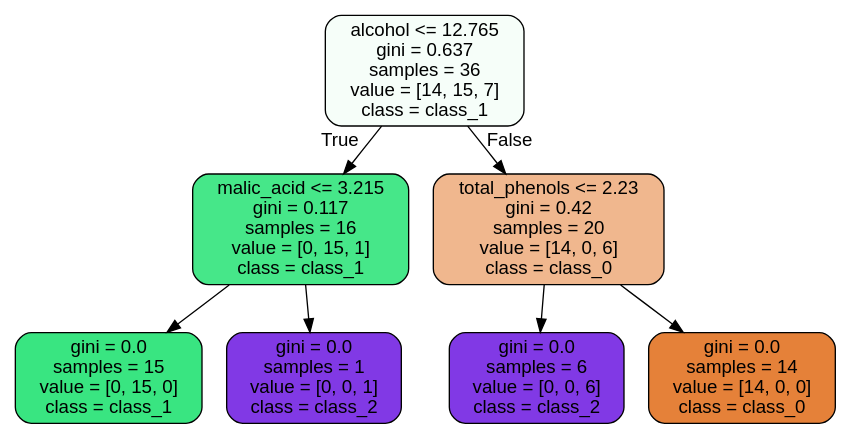
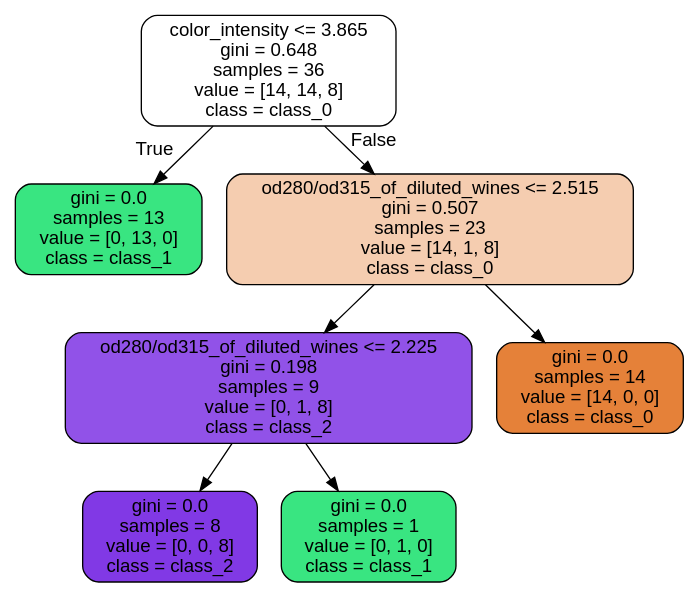
Before and after one commit to JoseDeJesusMendozaBecerril/Practica4_MineriaDeDatos: the diagram in images/decision_trees/wine_tree_test.dot, drawn with Graphviz. The commit also changed 8 other files, not shown here.

```diff
--- a/images/decision_trees/wine_tree_test.dot
+++ b/images/decision_trees/wine_tree_test.dot
@@ -1,17 +1,17 @@
 digraph Tree {
 node [shape=box, style="filled, rounded", color="black", fontname=helvetica] ;
 edge [fontname=helvetica] ;
-0 [label="alcohol <= 12.765\ngini = 0.637\nsamples = 36\nvalue = [14, 15, 7]\nclass = class_1", fillcolor="#f6fef9"] ;
-1 [label="malic_acid <= 3.215\ngini = 0.117\nsamples = 16\nvalue = [0, 15, 1]\nclass = class_1", fillcolor="#46e789"] ;
+0 [label="color_intensity <= 3.865\ngini = 0.648\nsamples = 36\nvalue = [14, 14, 8]\nclass = class_0", fillcolor="#ffffff"] ;
+1 [label="gini = 0.0\nsamples = 13\nvalue = [0, 13, 0]\nclass = class_1", fillcolor="#39e581"] ;
 0 -> 1 [labeldistance=2.5, labelangle=45, headlabel="True"] ;
-2 [label="gini = 0.0\nsamples = 15\nvalue = [0, 15, 0]\nclass = class_1", fillcolor="#39e581"] ;
-1 -> 2 ;
-3 [label="gini = 0.0\nsamples = 1\nvalue = [0, 0, 1]\nclass = class_2", fillcolor="#8139e5"] ;
-1 -> 3 ;
-4 [label="total_phenols <= 2.23\ngini = 0.42\nsamples = 20\nvalue = [14, 0, 6]\nclass = class_0", fillcolor="#f0b78e"] ;
-0 -> 4 [labeldistance=2.5, labelangle=-45, headlabel="False"] ;
-5 [label="gini = 0.0\nsamples = 6\nvalue = [0, 0, 6]\nclass = class_2", fillcolor="#8139e5"] ;
-4 -> 5 ;
+2 [label="od280/od315_of_diluted_wines <= 2.515\ngini = 0.507\nsamples = 23\nvalue = [14, 1, 8]\nclass = class_0", fillcolor="#f5cdb0"] ;
+0 -> 2 [labeldistance=2.5, labelangle=-45, headlabel="False"] ;
+3 [label="od280/od315_of_diluted_wines <= 2.225\ngini = 0.198\nsamples = 9\nvalue = [0, 1, 8]\nclass = class_2", fillcolor="#9152e8"] ;
+2 -> 3 ;
+4 [label="gini = 0.0\nsamples = 8\nvalue = [0, 0, 8]\nclass = class_2", fillcolor="#8139e5"] ;
+3 -> 4 ;
+5 [label="gini = 0.0\nsamples = 1\nvalue = [0, 1, 0]\nclass = class_1", fillcolor="#39e581"] ;
+3 -> 5 ;
 6 [label="gini = 0.0\nsamples = 14\nvalue = [14, 0, 0]\nclass = class_0", fillcolor="#e58139"] ;
-4 -> 6 ;
+2 -> 6 ;
 }
```
